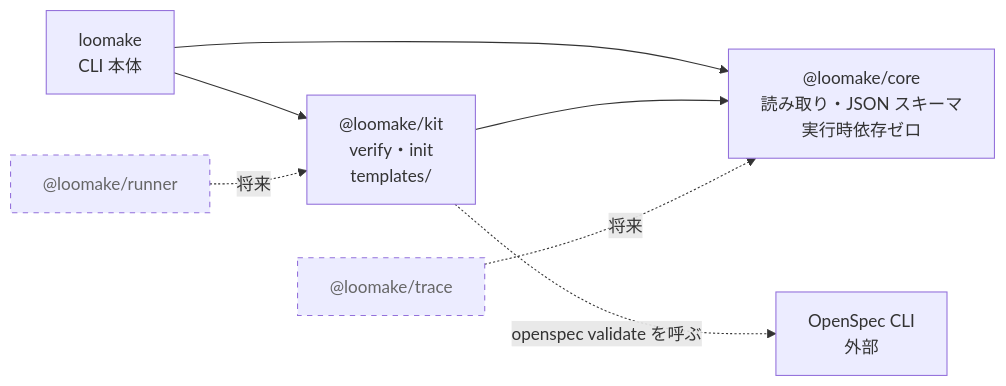
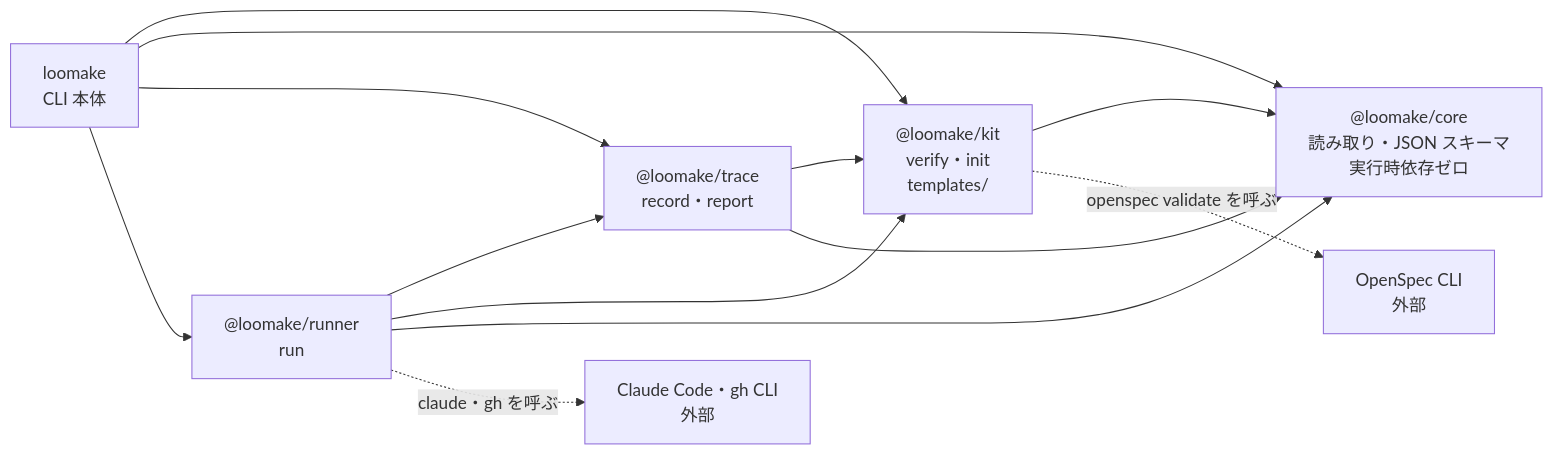
Before and after one commit to loomake/loomake: the second of 2 diagrams in docs/architecture.md, drawn with Mermaid. The commit also changed other lines of this file and 8 other files, not shown here.

````diff
--- a/docs/architecture.md
+++ b/docs/architecture.md
@@ -55,12 +53,15 @@
 ```mermaid
 flowchart LR
   CLI["loomake<br>CLI 本体"] --> KIT["@loomake/kit<br>verify・init<br>templates/"]
   CLI --> CORE["@loomake/core<br>読み取り・JSON スキーマ<br>実行時依存ゼロ"]
   KIT --> CORE
   KIT -. "openspec validate を呼ぶ" .-> OS[OpenSpec CLI<br>外部]
-  TR["@loomake/trace"] -.将来.-> CORE
-  RU["@loomake/runner"] -.将来.-> KIT
-
-  classDef future stroke-dasharray:5 5,color:#666
-  class TR,RU future
+  CLI --> TR["@loomake/trace<br>record・report"]
+  CLI --> RU["@loomake/runner<br>run"]
+  TR --> KIT
+  TR --> CORE
+  RU --> TR
+  RU --> KIT
+  RU --> CORE
+  RU -. "claude・gh を呼ぶ" .-> EX[Claude Code・gh CLI<br>外部]
 ```
````
